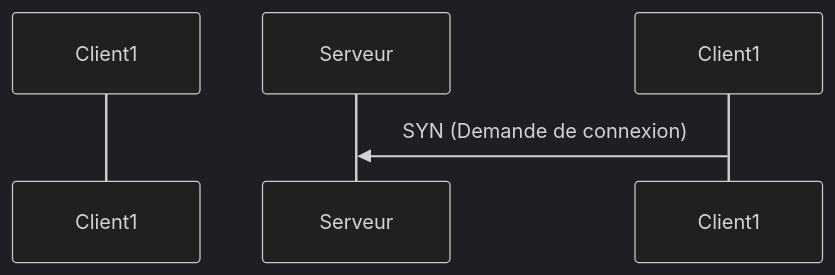
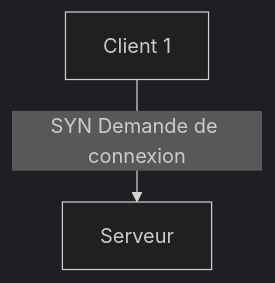
One commit to Jab-Omar/DigitalcityNotes changed the sixth of 21 diagrams in content/Netacad/Couche de Transport.md. Above: the diagram before and after it, drawn with Mermaid (dark theme). The commit also changed other lines of this file and 1 other file, not shown here.

````diff
--- a/content/Netacad/Couche de Transport.md
+++ b/content/Netacad/Couche de Transport.md
@@ -359,7 +353,4 @@
 ```mermaid
-sequenceDiagram;
-    participant Client as Client1
-    participant Serveur as Serveur
-
-    Client1->>Serveur: SYN (Demande de connexion)
+flowchart TD
+    A[Client 1] -->|SYN Demande de connexion| B[Serveur]
 ```
````
